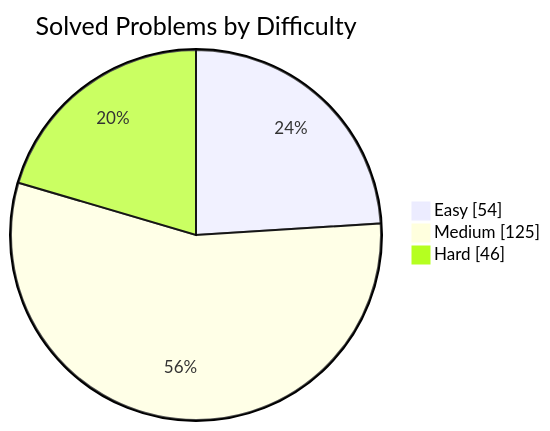
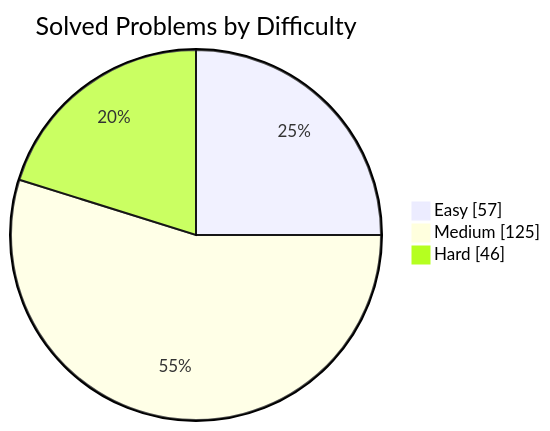
Before and after one commit to manikantbindass/DSA-Preparation-FAANG: the first of 2 diagrams in README.md, drawn with Mermaid. The commit also changed other lines of this file and 1 other file, not shown here.

````diff
--- a/README.md
+++ b/README.md
@@ -40,7 +40,7 @@
 ```mermaid
 pie showData
     title Solved Problems by Difficulty
-    "Easy" : 54
+    "Easy" : 57
     "Medium" : 125
     "Hard" : 46
 ```
````
